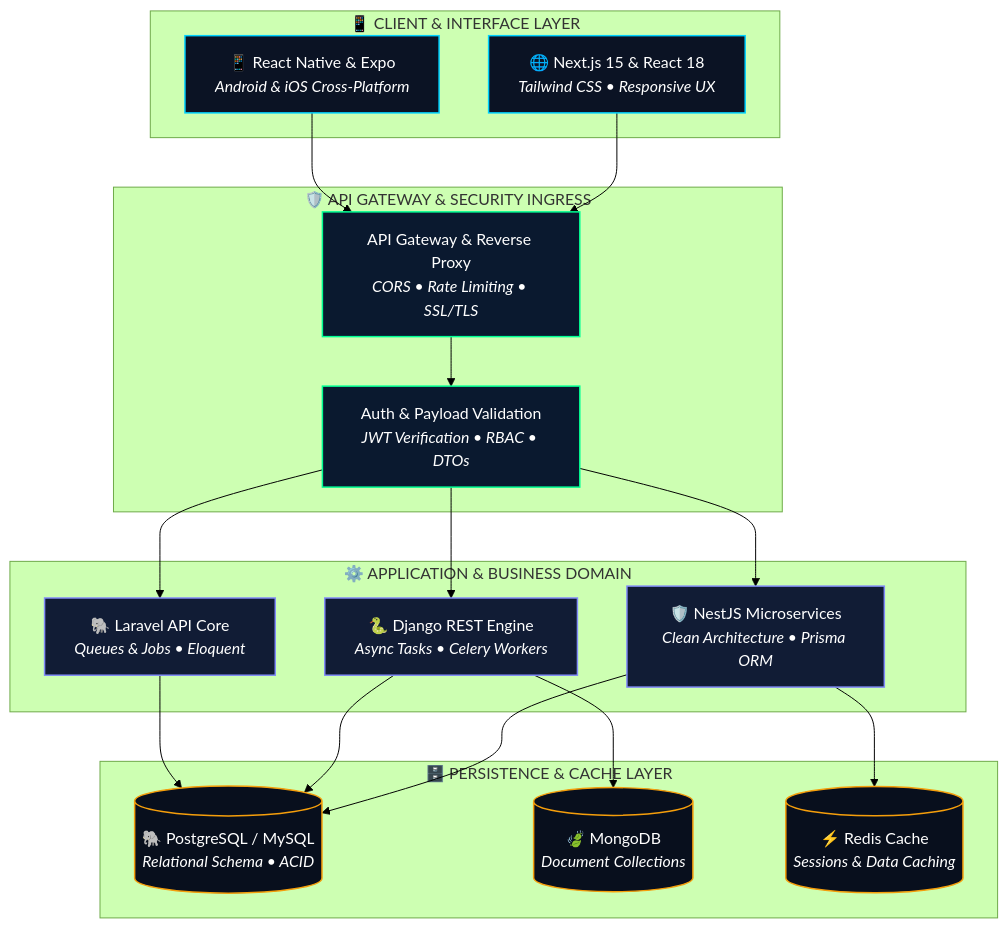
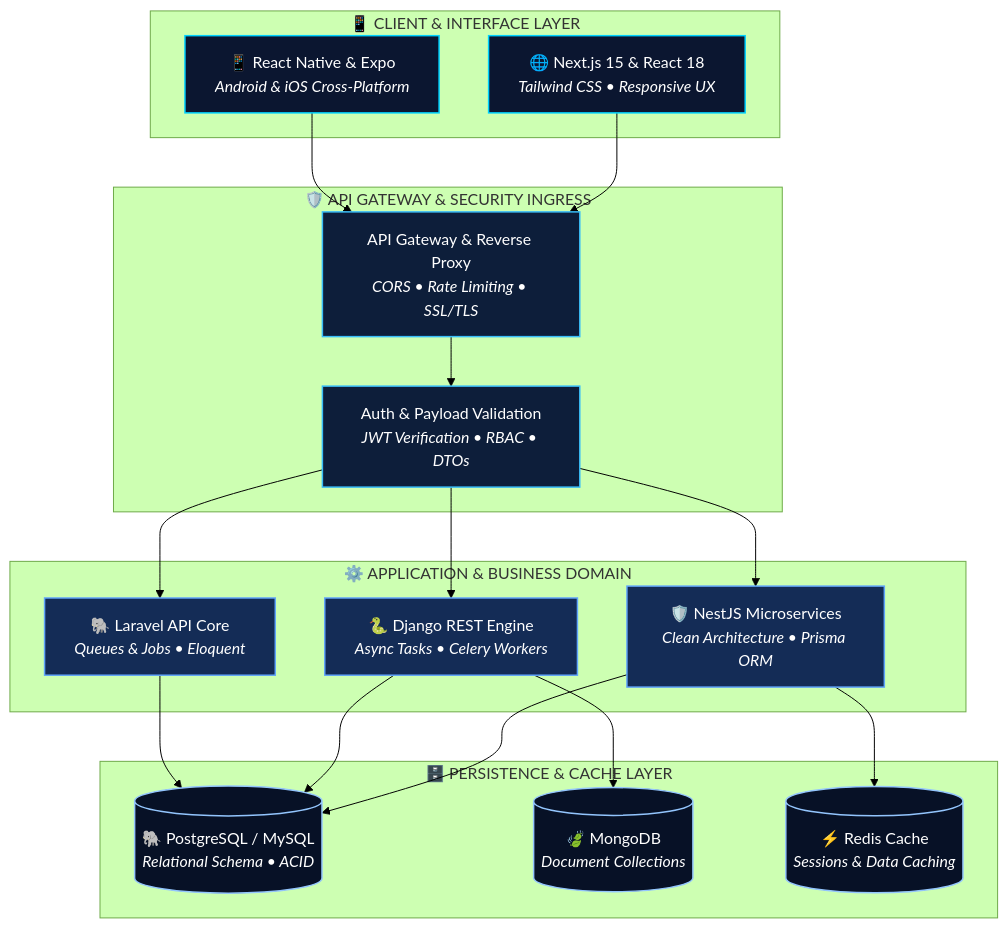
Before and after one commit to yihune1234/yihune1234: the diagram in README.md, drawn with Mermaid (forest theme). The commit also changed other lines of this file and 3 other files, not shown here.

````diff
--- a/README.md
+++ b/README.md
@@ -225,42 +227,42 @@
 ```mermaid
 flowchart TD
-    classDef client fill:#0B1324,stroke:#00D2FF,stroke-width:1.5px,color:#fff;
-    classDef gateway fill:#0A192F,stroke:#00FF94,stroke-width:1.5px,color:#fff;
-    classDef service fill:#111C35,stroke:#818CF8,stroke-width:1.5px,color:#fff;
-    classDef data fill:#080F1D,stroke:#F59E0B,stroke-width:1.5px,color:#fff;
+    classDef client fill:#0B1630,stroke:#00D2FF,stroke-width:1.5px,color:#fff;
+    classDef gateway fill:#0D1E3A,stroke:#38BDF8,stroke-width:1.5px,color:#fff;
+    classDef service fill:#142C56,stroke:#60A5FA,stroke-width:1.5px,color:#fff;
+    classDef data fill:#071126,stroke:#93C5FD,stroke-width:1.5px,color:#fff;
 
     subgraph CLIENT ["📱 CLIENT & INTERFACE LAYER"]
         W["🌐 Next.js 15 & React 18<br/><i>Tailwind CSS • Responsive UX</i>"]:::client
         M["📱 React Native & Expo<br/><i>Android & iOS Cross-Platform</i>"]:::client
     end
 
     subgraph INGRESS ["🛡️ API GATEWAY & SECURITY INGRESS"]
         GW["API Gateway & Reverse Proxy<br/><i>CORS • Rate Limiting • SSL/TLS</i>"]:::gateway
         SEC["Auth & Payload Validation<br/><i>JWT Verification • RBAC • DTOs</i>"]:::gateway
     end
 
     subgraph SERVICES ["⚙️ APPLICATION & BUSINESS DOMAIN"]
         NEST["🛡️ NestJS Microservices<br/><i>Clean Architecture • Prisma ORM</i>"]:::service
         DJANGO["🐍 Django REST Engine<br/><i>Async Tasks • Celery Workers</i>"]:::service
         LARAVEL["🐘 Laravel API Core<br/><i>Queues & Jobs • Eloquent</i>"]:::service
     end
 
     subgraph STORAGE ["🗄️ PERSISTENCE & CACHE LAYER"]
         PG[("🐘 PostgreSQL / MySQL<br/><i>Relational Schema • ACID</i>")]:::data
         MONGO[("🍃 MongoDB<br/><i>Document Collections</i>")]:::data
         REDIS[("⚡ Redis Cache<br/><i>Sessions & Data Caching</i>")]:::data
     end
 
     W --> GW
     M --> GW
     GW --> SEC
     SEC --> NEST
     SEC --> DJANGO
     SEC --> LARAVEL
 
     NEST --> PG
     NEST --> REDIS
     DJANGO --> PG
     DJANGO --> MONGO
     LARAVEL --> PG
 ```
````
